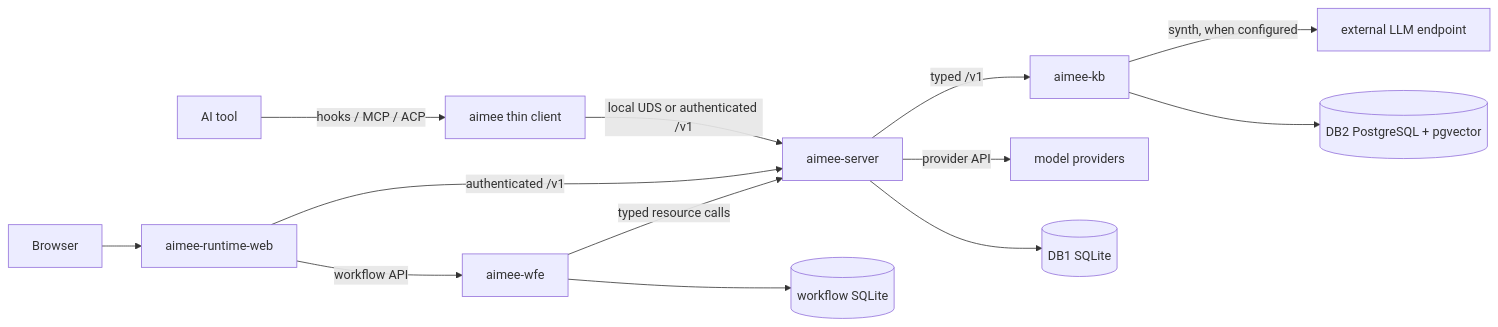
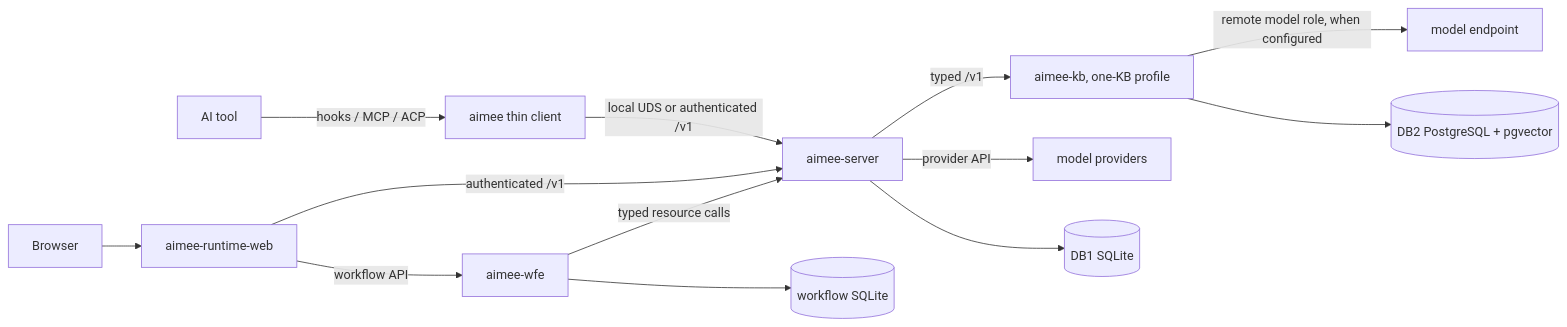
One commit to RakuenSoftware/aimee changed the first of 2 diagrams in docs/ARCHITECTURE.md. Above: the diagram before and after it, drawn with Mermaid. The commit also changed other lines of this file and 59 other files, not shown here.

First line of the commit message:
docs: correct onboarding and KB architecture (#2240)

````diff
--- a/docs/ARCHITECTURE.md
+++ b/docs/ARCHITECTURE.md
@@ -9,15 +9,15 @@
 ```mermaid
 flowchart LR
     T[AI tool] -->|hooks / MCP / ACP| C[aimee thin client]
     B[Browser] --> W[aimee-runtime-web]
     C -->|local UDS or authenticated /v1| S[aimee-server]
     W -->|authenticated /v1| S
     W -->|workflow API| F[aimee-wfe]
     F -->|typed resource calls| S
-    S -->|typed /v1| K[aimee-kb]
+    S -->|typed /v1| K[aimee-kb, one-KB profile]
     S -->|provider API| P[model providers]
-    K -->|synth, when configured| X[external LLM endpoint]
+    K -->|remote model role, when configured| X[model endpoint]
     S --> D1[(DB1 SQLite)]
     F --> WF[(workflow SQLite)]
     K --> D2[(DB2 PostgreSQL + pgvector)]
 ```
````
